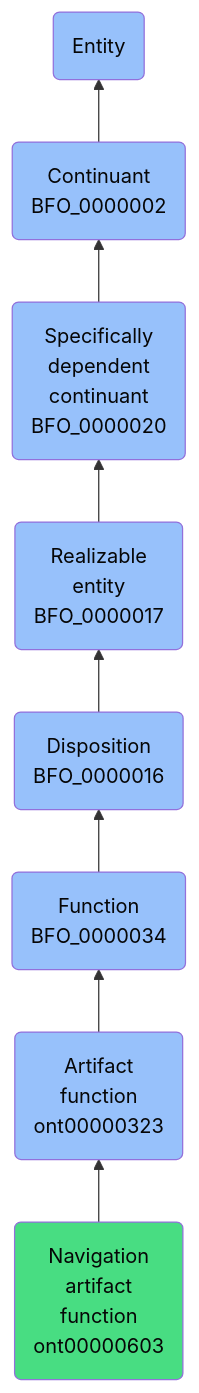
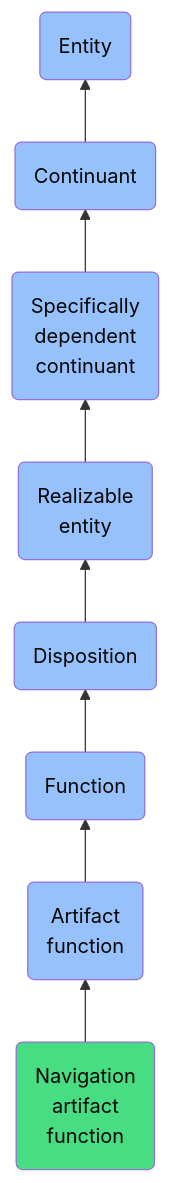
The diagram in docs/ontology/reference/model/Entity/Continuant/Specifically dependent continuant/Realizable entity/Disposition/Function/Artifact function/Navigation artifact function/Navigation artifact function.md (jupyter-naas/abi), drawn with Mermaid before and after one commit. The commit also changed other lines of this file and 1430 other files, not shown here.

````diff
--- a/docs/ontology/reference/model/Entity/Continuant/Specifically dependent continuant/Realizable entity/Disposition/Function/Artifact function/Navigation artifact function/Navigation artifact function.md
+++ b/docs/ontology/reference/model/Entity/Continuant/Specifically dependent continuant/Realizable entity/Disposition/Function/Artifact function/Navigation artifact function/Navigation artifact function.md
@@ -24,15 +24,15 @@
 ```mermaid
 graph BT
-    ont00000603(Navigation<br>artifact<br>function<br>ont00000603):::ABI-->ont00000323
-    ont00000323(Artifact<br>function<br>ont00000323):::BFO-->BFO_0000034
-    BFO_0000034(Function<br>BFO_0000034):::BFO-->BFO_0000016
-    BFO_0000016(Disposition<br>BFO_0000016):::BFO-->BFO_0000017
-    BFO_0000017(Realizable<br>entity<br>BFO_0000017):::BFO-->BFO_0000020
-    BFO_0000020(Specifically<br>dependent<br>continuant<br>BFO_0000020):::BFO-->BFO_0000002
-    BFO_0000002(Continuant<br>BFO_0000002):::BFO-->BFO_0000001
+    ont00000603(Navigation<br>artifact<br>function):::ABI-->ont00000323
+    ont00000323(Artifact<br>function):::BFO-->BFO_0000034
+    BFO_0000034(Function):::BFO-->BFO_0000016
+    BFO_0000016(Disposition):::BFO-->BFO_0000017
+    BFO_0000017(Realizable<br>entity):::BFO-->BFO_0000020
+    BFO_0000020(Specifically<br>dependent<br>continuant):::BFO-->BFO_0000002
+    BFO_0000002(Continuant):::BFO-->BFO_0000001
     BFO_0000001(Entity):::BFO
     
     classDef BFO fill:#97c1fb,color:#060606
     classDef CCO fill:#e4c51e,color:#060606
     classDef ABI fill:#48DD82,color:#060606
 ```
````
